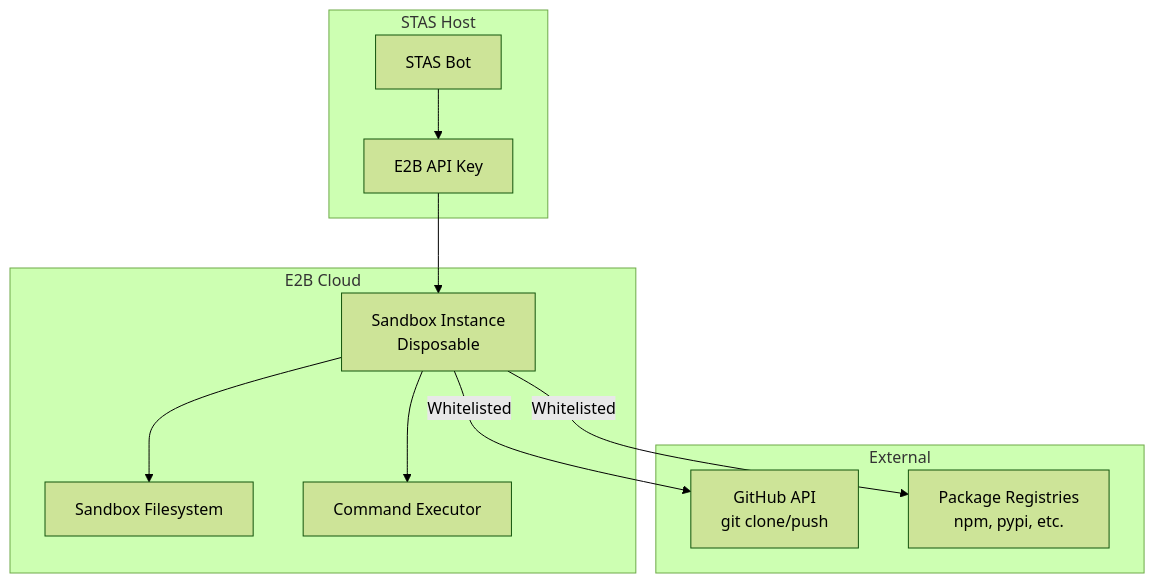
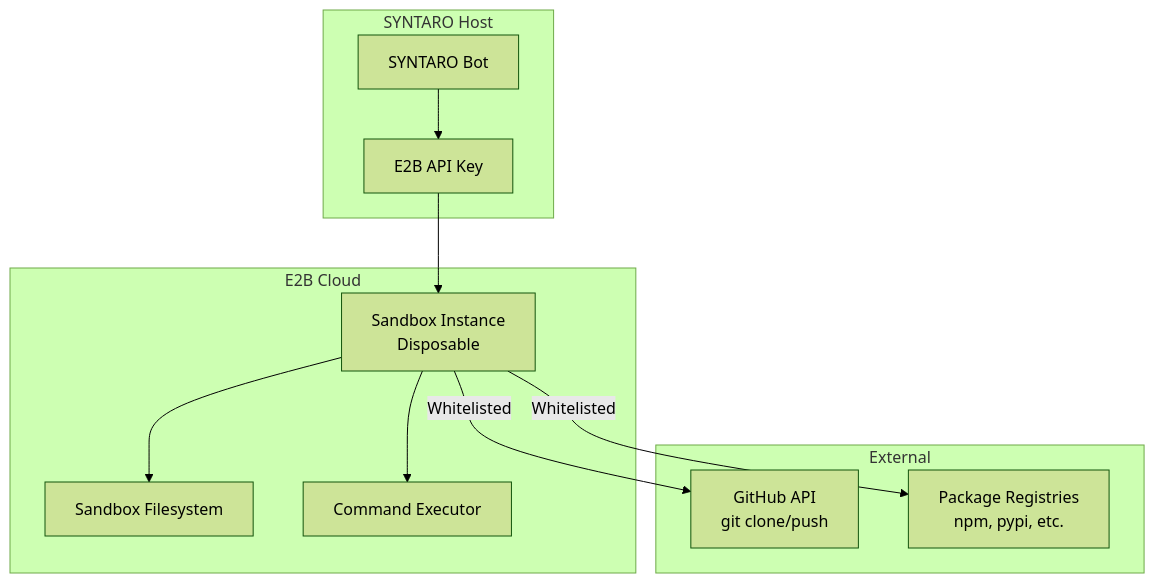
The second of 7 diagrams in docs/SECURITY.md (Aimino-Tech/solving_tickets_as_a_service), drawn with Mermaid (forest theme) before and after one commit. The commit also changed other lines of this file and 953 other files, not shown here.

First line of the commit message:
refactor(AIM-4477): rebrand STAS → SYNTARO in code, configs, docs, and deploy

````diff
--- a/docs/SECURITY.md
+++ b/docs/SECURITY.md
@@ -116,22 +116,22 @@
 ```mermaid
 flowchart TB
     subgraph E2B Cloud
         SB1[Sandbox Instance<br/>Disposable]
         SB1 --> FILES[Sandbox Filesystem]
         SB1 --> CMD[Command Executor]
     end
 
-    subgraph STAS Host
-        BOT[STAS Bot]
+    subgraph SYNTARO Host
+        BOT[SYNTARO Bot]
         BOT --> API[E2B API Key]
         API --> SB1
     end
 
     subgraph External
         GIT[GitHub API<br/>git clone/push]
         PKG[Package Registries<br/>npm, pypi, etc.]
     end
 
     SB1 -->|Whitelisted| GIT
     SB1 -->|Whitelisted| PKG
 ```
````
